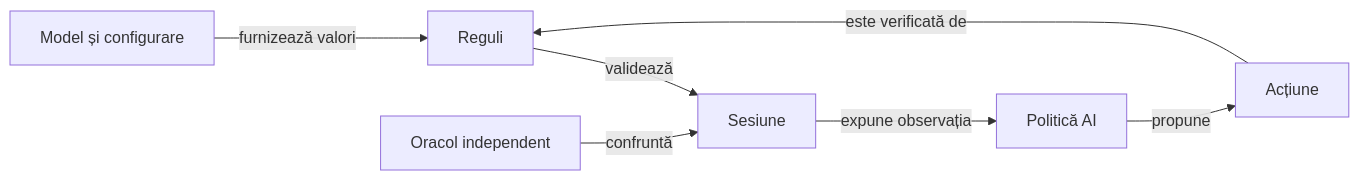
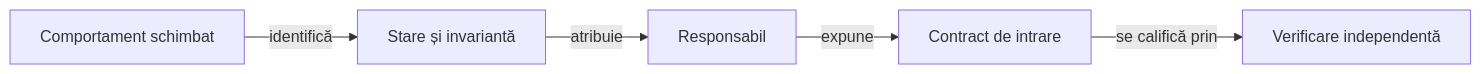
The diagram in docs/governance/ATF_Packages.md (crististefanita/atf_j4), drawn with Mermaid before and after one commit. The commit also changed other lines of this file and 120 other files, not shown here.

````diff
--- a/docs/governance/ATF_Packages.md
+++ b/docs/governance/ATF_Packages.md
@@ -9,9 +9,7 @@
 ```mermaid
 flowchart LR
-    MODEL[Model și configurare] -->|furnizează valori| RULES[Reguli]
-    RULES -->|validează| SESSION[Sesiune]
-    SESSION -->|expune observația| POLICY[Politică AI]
-    POLICY -->|propune| ACTION[Acțiune]
-    ACTION -->|este verificată de| RULES
-    TEST[Oracol independent] -->|confruntă| SESSION
+    CHANGE[Comportament schimbat] -->|identifică| STATE[Stare și invariantă]
+    STATE -->|atribuie| OWNER[Responsabil]
+    OWNER -->|expune| API[Contract de intrare]
+    API -->|se califică prin| CHECK[Verificare independentă]
 ```
````
